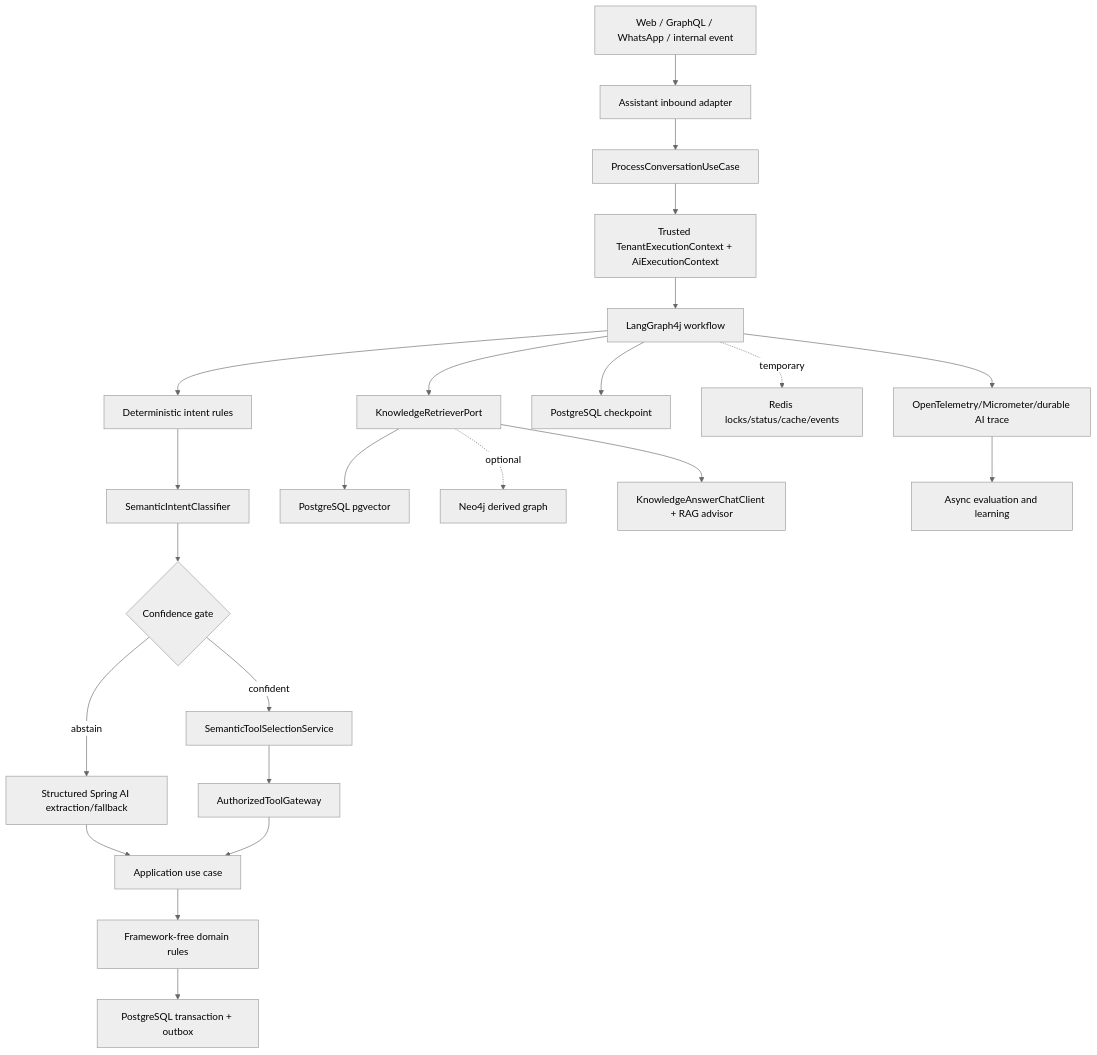
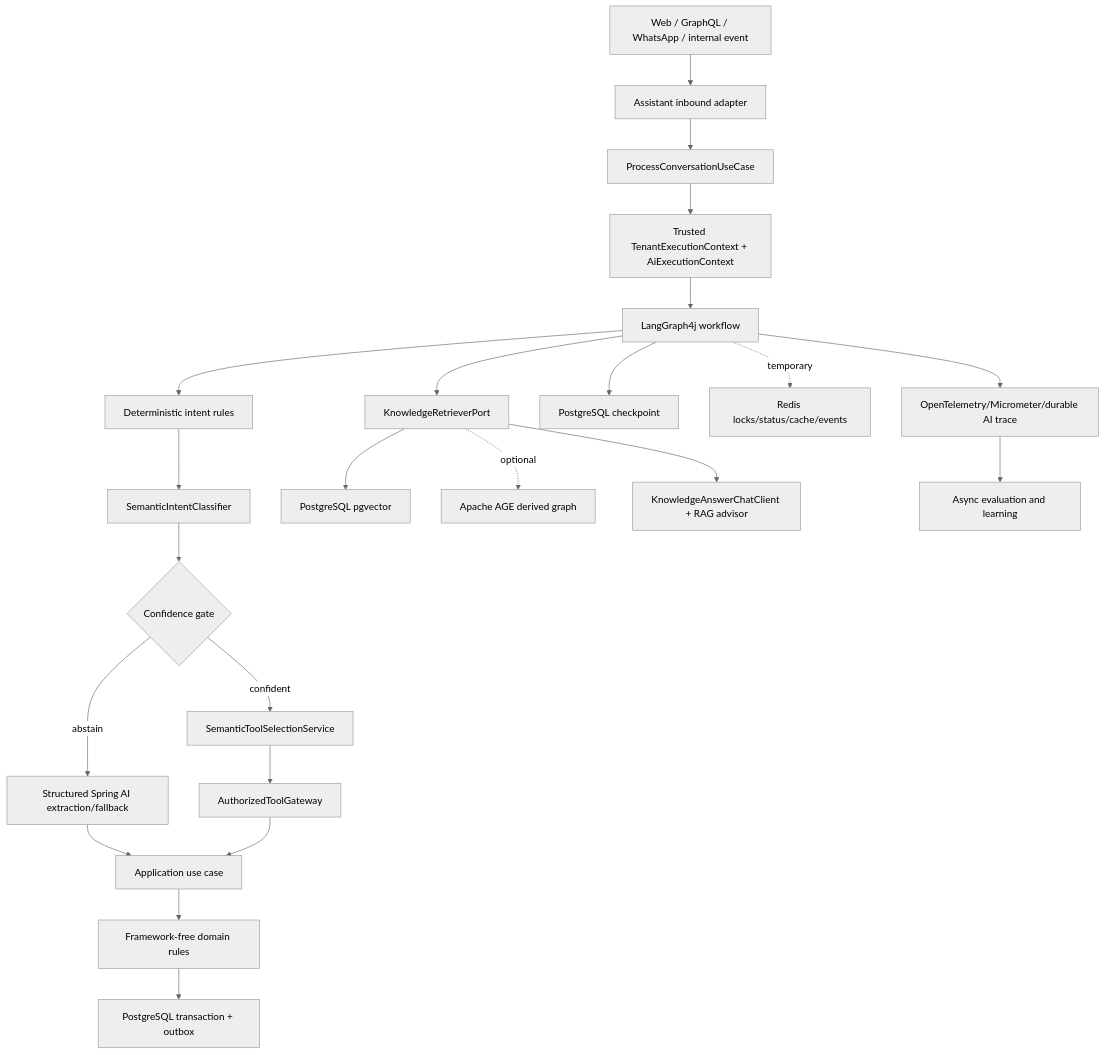
One commit to migangdelzar/emme-service changed the third of 8 diagrams in docs/superpowers/specs/2026-08-28-ai-platform-consistency-and-graph-rag-design.md. Above: the diagram before and after it, drawn with Mermaid (neutral theme). The commit also changed other lines of this file, not shown here.

Commit message:
docs(ai): select Apache AGE graph design

````diff
--- a/docs/superpowers/specs/2026-08-28-ai-platform-consistency-and-graph-rag-design.md
+++ b/docs/superpowers/specs/2026-08-28-ai-platform-consistency-and-graph-rag-design.md
@@ -285,28 +285,28 @@
 ```mermaid
 flowchart TD
     C[Web / GraphQL / WhatsApp / internal event] --> IA[Assistant inbound adapter]
     IA --> PC[ProcessConversationUseCase]
     PC --> CTX[Trusted TenantExecutionContext + AiExecutionContext]
     CTX --> LG[LangGraph4j workflow]
 
     LG --> DR[Deterministic intent rules]
     DR --> SI[SemanticIntentClassifier]
     SI --> CG{Confidence gate}
     CG -->|confident| ST[SemanticToolSelectionService]
     CG -->|abstain| EX[Structured Spring AI extraction/fallback]
     ST --> TG[AuthorizedToolGateway]
     EX --> UC[Application use case]
     TG --> UC
     UC --> DOM[Framework-free domain rules]
     DOM --> PG[PostgreSQL transaction + outbox]
 
     LG --> KR[KnowledgeRetrieverPort]
     KR --> PV[PostgreSQL pgvector]
-    KR -. optional .-> NG[Neo4j derived graph]
+    KR -. optional .-> AG[Apache AGE derived graph]
     KR --> RA[KnowledgeAnswerChatClient + RAG advisor]
 
     LG --> CP[PostgreSQL checkpoint]
     LG -. temporary .-> RD[Redis locks/status/cache/events]
     LG --> OT[OpenTelemetry/Micrometer/durable AI trace]
     OT --> EV[Async evaluation and learning]
 ```
````
